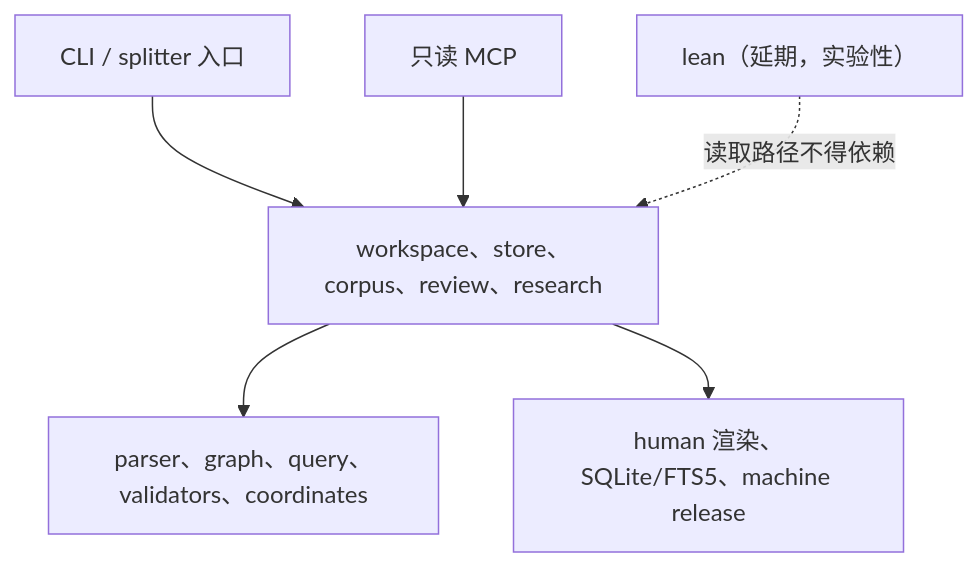
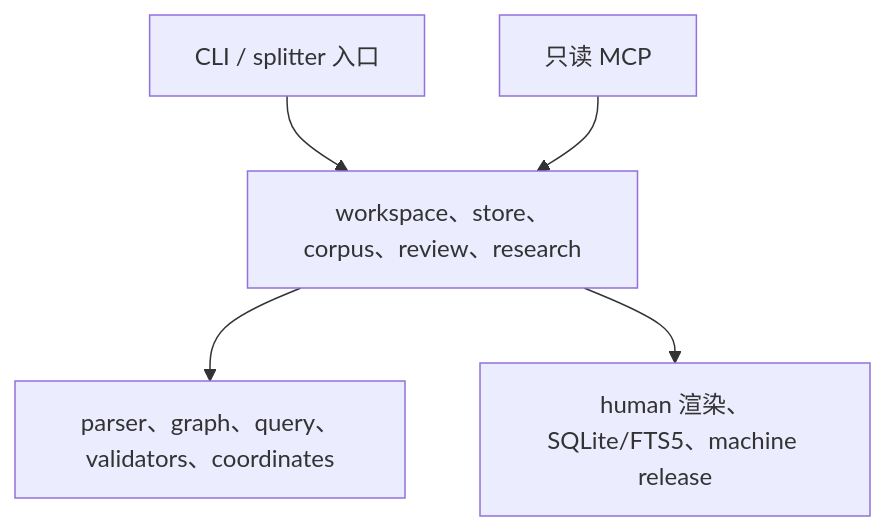
The second of 2 diagrams in docs/design/DESIGN.zh-CN.md (Guangqi-Phys/qec-graph), drawn with Mermaid before and after one commit. The commit also changed other lines of this file and 78 other files, not shown here.

````diff
--- a/docs/design/DESIGN.zh-CN.md
+++ b/docs/design/DESIGN.zh-CN.md
@@ -135,8 +135,7 @@
 ```mermaid
 flowchart TB
     CLI["CLI / splitter 入口"] --> APP["workspace、store、corpus、review、research"]
     MCP["只读 MCP"] --> APP
     APP --> CORE["parser、graph、query、validators、coordinates"]
     APP --> OUTPUT["human 渲染、SQLite/FTS5、machine release"]
-    LEAN["lean（延期，实验性）"] -. "读取路径不得依赖" .-> APP
 ```
````
